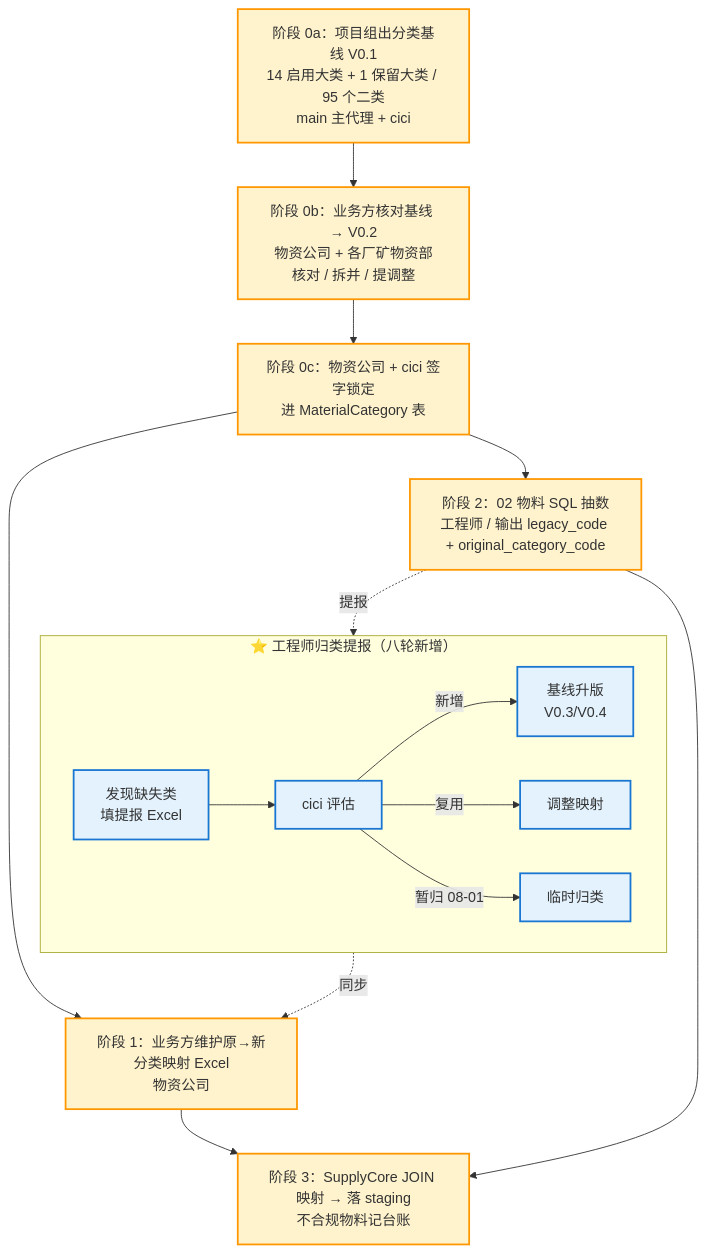
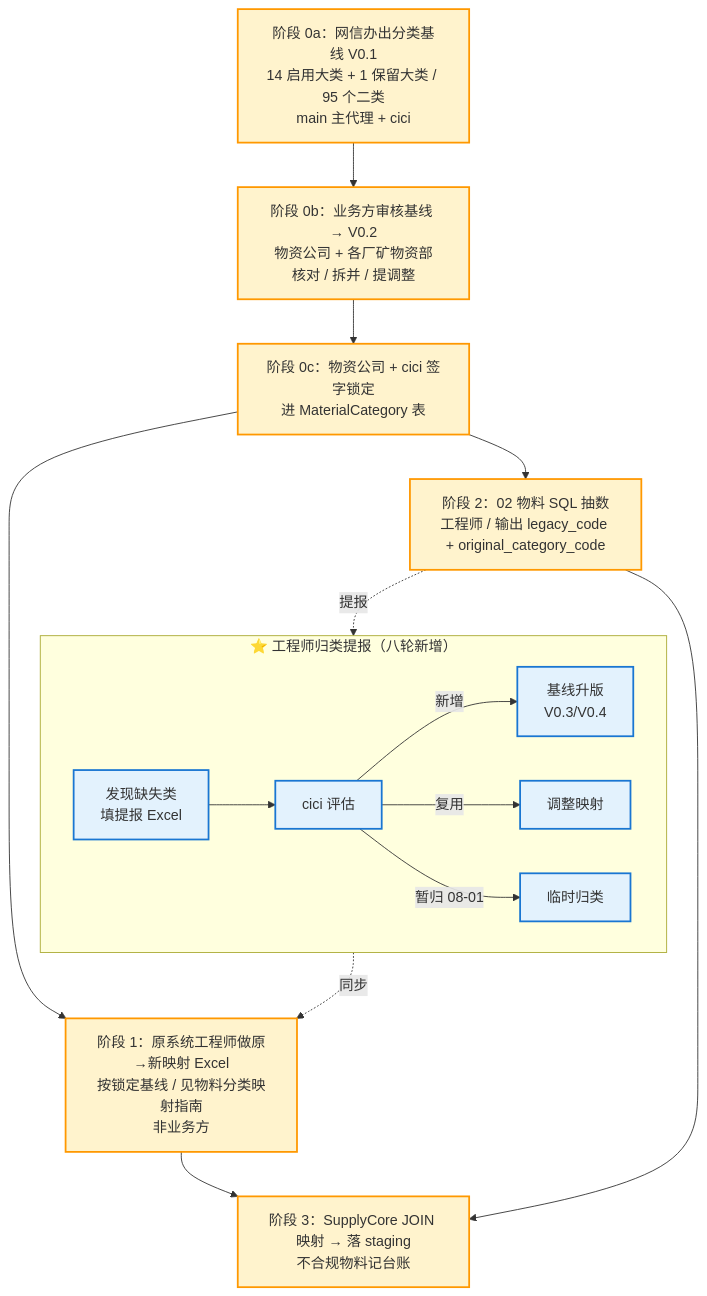
One commit to hongjun-lee/SupplyCore changed the third of 3 diagrams in docs/上线/原系统迁移方案-V0.1.md. Above: the diagram before and after it, drawn with Mermaid. The commit also changed other lines of this file and 6 other files, not shown here.

````diff
--- a/docs/上线/原系统迁移方案-V0.1.md
+++ b/docs/上线/原系统迁移方案-V0.1.md
@@ -448,30 +453,30 @@
 ```mermaid
 flowchart TD
-  S0a[阶段 0a：项目组出分类基线 V0.1<br/>14 启用大类 + 1 保留大类 / 95 个二类<br/>main 主代理 + cici]
-  S0b[阶段 0b：业务方核对基线 → V0.2<br/>物资公司 + 各厂矿物资部<br/>核对 / 拆并 / 提调整]
+  S0a[阶段 0a：网信办出分类基线 V0.1<br/>14 启用大类 + 1 保留大类 / 95 个二类<br/>main 主代理 + cici]
+  S0b[阶段 0b：业务方审核基线 → V0.2<br/>物资公司 + 各厂矿物资部<br/>核对 / 拆并 / 提调整]
   S0c[阶段 0c：物资公司 + cici 签字锁定<br/>进 MaterialCategory 表]
-  S1[阶段 1：业务方维护原→新分类映射 Excel<br/>物资公司]
+  S1[阶段 1：原系统工程师做原→新映射 Excel<br/>按锁定基线 / 见物料分类映射指南<br/>非业务方]
   S2[阶段 2：02 物料 SQL 抽数<br/>工程师 / 输出 legacy_code + original_category_code]
   S3[阶段 3：SupplyCore JOIN 映射 → 落 staging<br/>不合规物料记台账]
 
   S0a --> S0b --> S0c --> S1
   S0c --> S2
   S1 --> S3
   S2 --> S3
 
   subgraph Report["⭐ 工程师归类提报（八轮新增）"]
     direction LR
     R1[发现缺失类<br/>填提报 Excel] --> R2[cici 评估]
     R2 -->|新增| R3[基线升版<br/>V0.3/V0.4]
     R2 -->|复用| R4[调整映射]
     R2 -->|暂归 08-01| R5[临时归类]
   end
 
   S2 -.提报.-> R1
   R3 -.同步.-> S1
 
   classDef phase fill:#fff3cd,stroke:#ff9800,stroke-width:2px
   classDef report fill:#e3f2fd,stroke:#1976d2,stroke-width:2px
   class S0a,S0b,S0c,S1,S2,S3 phase
   class R1,R2,R3,R4,R5 report
 ```
````
